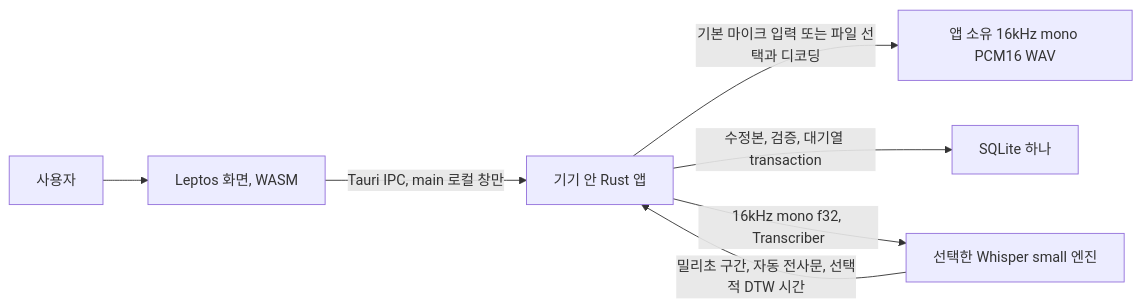
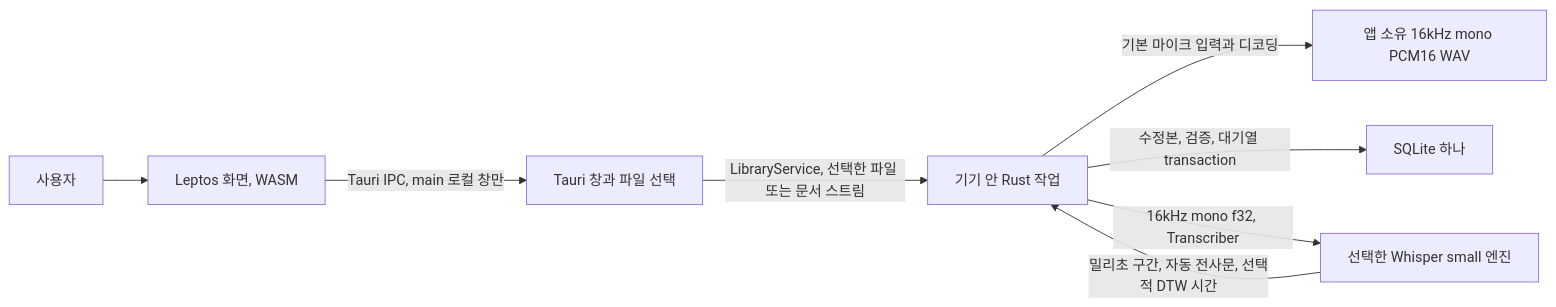
One commit to guny524/seamone changed the diagram in README.md. Above: the diagram before and after it, drawn with Mermaid. The commit also changed other lines of this file and 1 other file, not shown here.

Commit message:
docs: runtime 분리 뒤의 실행 구조와 규칙, 규칙을 강제하는 검사의 짝을 적는다
Refs #15

````diff
--- a/README.md
+++ b/README.md
@@ -40,9 +40,10 @@
 ```mermaid
 graph LR
   User[사용자] --> UI[Leptos 화면, WASM]
-  UI -->|Tauri IPC, main 로컬 창만| Native[기기 안 Rust 앱]
-  Native -->|기본 마이크 입력 또는 파일 선택과 디코딩| Audio[앱 소유 16kHz mono PCM16 WAV]
-  Native -->|수정본, 검증, 대기열 transaction| DB[SQLite 하나]
-  Native -->|16kHz mono f32, Transcriber| ASR[선택한 Whisper small 엔진]
-  ASR -->|밀리초 구간, 자동 전사문, 선택적 DTW 시간| Native
+  UI -->|Tauri IPC, main 로컬 창만| Host[Tauri 창과 파일 선택]
+  Host -->|LibraryService, 선택한 파일 또는 문서 스트림| Runtime[기기 안 Rust 작업]
+  Runtime -->|기본 마이크 입력과 디코딩| Audio[앱 소유 16kHz mono PCM16 WAV]
+  Runtime -->|수정본, 검증, 대기열 transaction| DB[SQLite 하나]
+  Runtime -->|16kHz mono f32, Transcriber| ASR[선택한 Whisper small 엔진]
+  ASR -->|밀리초 구간, 자동 전사문, 선택적 DTW 시간| Runtime
 ```
````
